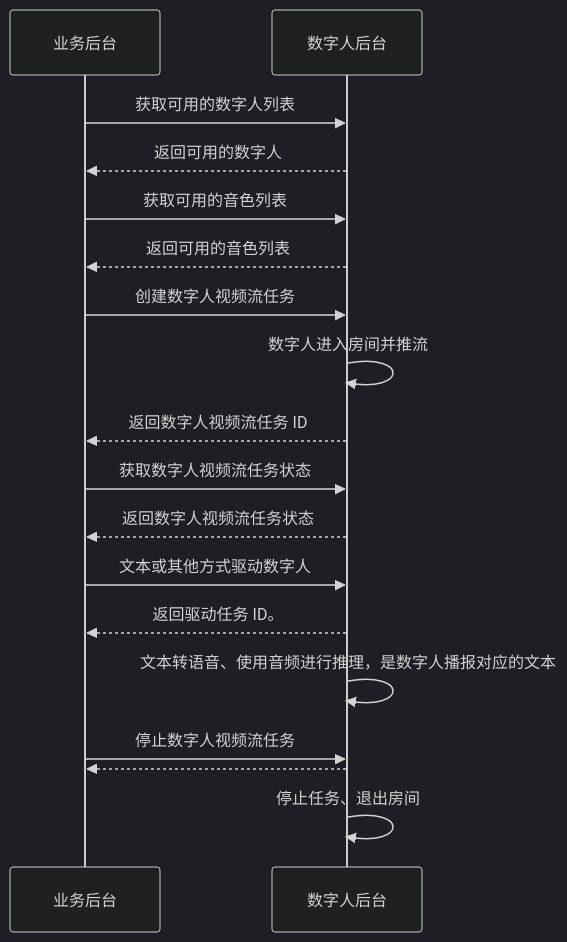
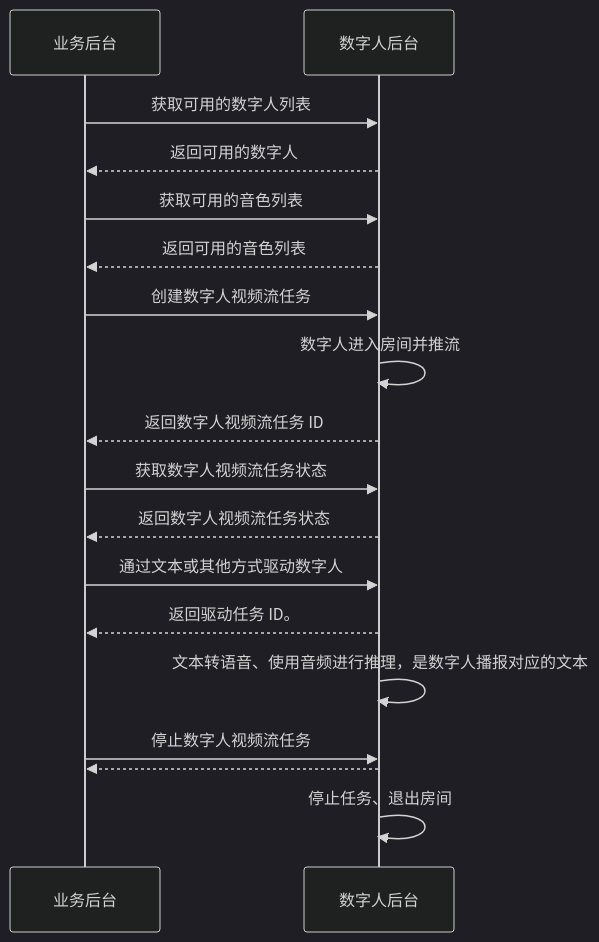
One commit to ZEGOCLOUD/docs_all changed the diagram in core_products/digital-human/zh/server/quick-start/digital-human-livestreaming.mdx. Above: the diagram before and after it, drawn with Mermaid (dark theme). The commit also changed other lines of this file and 6 other files, not shown here.

````diff
--- a/core_products/digital-human/zh/server/quick-start/digital-human-livestreaming.mdx
+++ b/core_products/digital-human/zh/server/quick-start/digital-human-livestreaming.mdx
@@ -24,20 +23,21 @@
 ```mermaid
 sequenceDiagram
     participant 业务后台
     participant 数字人后台
+
     业务后台->>数字人后台: 获取可用的数字人列表
     数字人后台-->>业务后台: 返回可用的数字人
     业务后台->>数字人后台: 获取可用的音色列表
     数字人后台-->>业务后台: 返回可用的音色列表
     业务后台->>数字人后台: 创建数字人视频流任务
     数字人后台->>数字人后台: 数字人进入房间并推流
     数字人后台-->>业务后台: 返回数字人视频流任务 ID
     业务后台->>数字人后台: 获取数字人视频流任务状态
     数字人后台-->>业务后台: 返回数字人视频流任务状态
-    业务后台->>数字人后台: 文本或其他方式驱动数字人
+    业务后台->>数字人后台: 通过文本或其他方式驱动数字人
     数字人后台-->>业务后台: 返回驱动任务 ID。
     数字人后台->>数字人后台: 文本转语音、使用音频进行推理，是数字人播报对应的文本
     业务后台->>数字人后台: 停止数字人视频流任务
-    数字人后台-->>业务后台:
+    数字人后台-->>业务后台: 
     数字人后台->>数字人后台: 停止任务、退出房间
 ```
````
